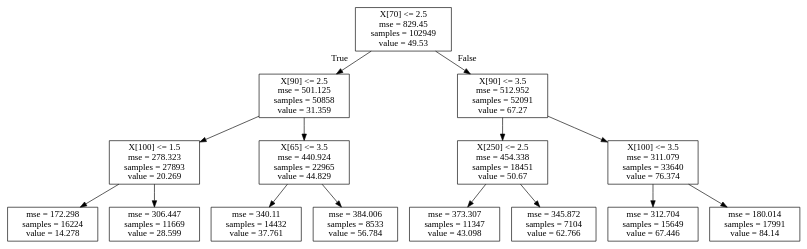
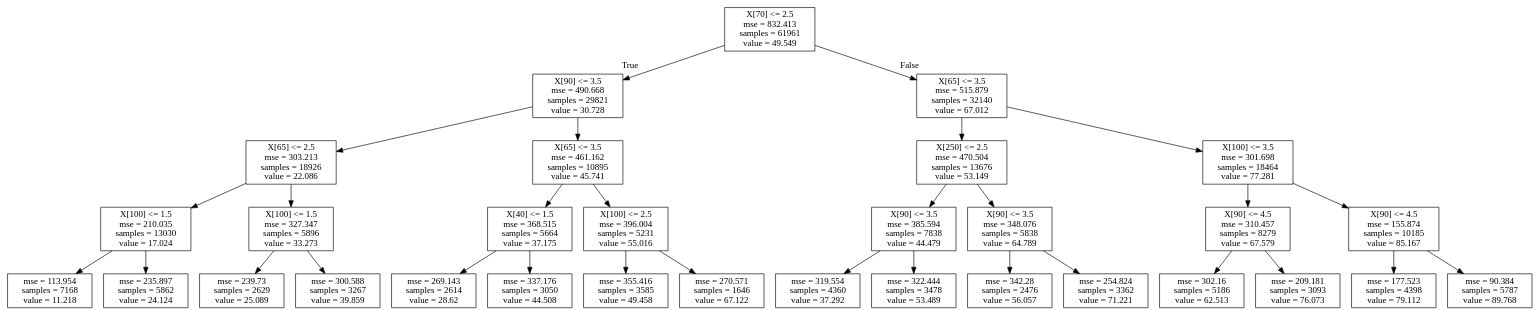
One commit to Esaslow/Personality_Test_Project changed the diagram in website/Model/tree.dot. Above: the diagram before and after it, drawn with Graphviz. The commit also changed 10 other files, not shown here.

```diff
--- a/website/Model/tree.dot
+++ b/website/Model/tree.dot
@@ -1,32 +1,64 @@
 digraph Tree {
 node [shape=box] ;
-0 [label="X[70] <= 2.5\nmse = 829.45\nsamples = 102949\nvalue = 49.53"] ;
-1 [label="X[90] <= 2.5\nmse = 501.125\nsamples = 50858\nvalue = 31.359"] ;
+0 [label="X[70] <= 2.5\nmse = 832.413\nsamples = 61961\nvalue = 49.549"] ;
+1 [label="X[90] <= 3.5\nmse = 490.668\nsamples = 29821\nvalue = 30.728"] ;
 0 -> 1 [labeldistance=2.5, labelangle=45, headlabel="True"] ;
-2 [label="X[100] <= 1.5\nmse = 278.323\nsamples = 27893\nvalue = 20.269"] ;
+2 [label="X[65] <= 2.5\nmse = 303.213\nsamples = 18926\nvalue = 22.086"] ;
 1 -> 2 ;
-3 [label="mse = 172.298\nsamples = 16224\nvalue = 14.278"] ;
+3 [label="X[100] <= 1.5\nmse = 210.035\nsamples = 13030\nvalue = 17.024"] ;
 2 -> 3 ;
-4 [label="mse = 306.447\nsamples = 11669\nvalue = 28.599"] ;
-2 -> 4 ;
-5 [label="X[65] <= 3.5\nmse = 440.924\nsamples = 22965\nvalue = 44.829"] ;
-1 -> 5 ;
-6 [label="mse = 340.11\nsamples = 14432\nvalue = 37.761"] ;
-5 -> 6 ;
-7 [label="mse = 384.006\nsamples = 8533\nvalue = 56.784"] ;
-5 -> 7 ;
-8 [label="X[90] <= 3.5\nmse = 512.952\nsamples = 52091\nvalue = 67.27"] ;
-0 -> 8 [labeldistance=2.5, labelangle=-45, headlabel="False"] ;
-9 [label="X[250] <= 2.5\nmse = 454.338\nsamples = 18451\nvalue = 50.67"] ;
-8 -> 9 ;
-10 [label="mse = 373.307\nsamples = 11347\nvalue = 43.098"] ;
+4 [label="mse = 113.954\nsamples = 7168\nvalue = 11.218"] ;
+3 -> 4 ;
+5 [label="mse = 235.897\nsamples = 5862\nvalue = 24.124"] ;
+3 -> 5 ;
+6 [label="X[100] <= 1.5\nmse = 327.347\nsamples = 5896\nvalue = 33.273"] ;
+2 -> 6 ;
+7 [label="mse = 239.73\nsamples = 2629\nvalue = 25.089"] ;
+6 -> 7 ;
+8 [label="mse = 300.588\nsamples = 3267\nvalue = 39.859"] ;
+6 -> 8 ;
+9 [label="X[65] <= 3.5\nmse = 461.162\nsamples = 10895\nvalue = 45.741"] ;
+1 -> 9 ;
+10 [label="X[40] <= 1.5\nmse = 368.515\nsamples = 5664\nvalue = 37.175"] ;
 9 -> 10 ;
-11 [label="mse = 345.872\nsamples = 7104\nvalue = 62.766"] ;
-9 -> 11 ;
-12 [label="X[100] <= 3.5\nmse = 311.079\nsamples = 33640\nvalue = 76.374"] ;
-8 -> 12 ;
-13 [label="mse = 312.704\nsamples = 15649\nvalue = 67.446"] ;
-12 -> 13 ;
-14 [label="mse = 180.014\nsamples = 17991\nvalue = 84.14"] ;
-12 -> 14 ;
+11 [label="mse = 269.143\nsamples = 2614\nvalue = 28.62"] ;
+10 -> 11 ;
+12 [label="mse = 337.176\nsamples = 3050\nvalue = 44.508"] ;
+10 -> 12 ;
+13 [label="X[100] <= 2.5\nmse = 396.004\nsamples = 5231\nvalue = 55.016"] ;
+9 -> 13 ;
+14 [label="mse = 355.416\nsamples = 3585\nvalue = 49.458"] ;
+13 -> 14 ;
+15 [label="mse = 270.571\nsamples = 1646\nvalue = 67.122"] ;
+13 -> 15 ;
+16 [label="X[65] <= 3.5\nmse = 515.879\nsamples = 32140\nvalue = 67.012"] ;
+0 -> 16 [labeldistance=2.5, labelangle=-45, headlabel="False"] ;
+17 [label="X[250] <= 2.5\nmse = 470.504\nsamples = 13676\nvalue = 53.149"] ;
+16 -> 17 ;
+18 [label="X[90] <= 3.5\nmse = 385.594\nsamples = 7838\nvalue = 44.479"] ;
+17 -> 18 ;
+19 [label="mse = 319.554\nsamples = 4360\nvalue = 37.292"] ;
+18 -> 19 ;
+20 [label="mse = 322.444\nsamples = 3478\nvalue = 53.489"] ;
+18 -> 20 ;
+21 [label="X[90] <= 3.5\nmse = 348.076\nsamples = 5838\nvalue = 64.789"] ;
+17 -> 21 ;
+22 [label="mse = 342.28\nsamples = 2476\nvalue = 56.057"] ;
+21 -> 22 ;
+23 [label="mse = 254.824\nsamples = 3362\nvalue = 71.221"] ;
+21 -> 23 ;
+24 [label="X[100] <= 3.5\nmse = 301.698\nsamples = 18464\nvalue = 77.281"] ;
+16 -> 24 ;
+25 [label="X[90] <= 4.5\nmse = 310.457\nsamples = 8279\nvalue = 67.579"] ;
+24 -> 25 ;
+26 [label="mse = 302.16\nsamples = 5186\nvalue = 62.513"] ;
+25 -> 26 ;
+27 [label="mse = 209.181\nsamples = 3093\nvalue = 76.073"] ;
+25 -> 27 ;
+28 [label="X[90] <= 4.5\nmse = 155.874\nsamples = 10185\nvalue = 85.167"] ;
+24 -> 28 ;
+29 [label="mse = 177.523\nsamples = 4398\nvalue = 79.112"] ;
+28 -> 29 ;
+30 [label="mse = 90.384\nsamples = 5787\nvalue = 89.768"] ;
+28 -> 30 ;
 }
```
